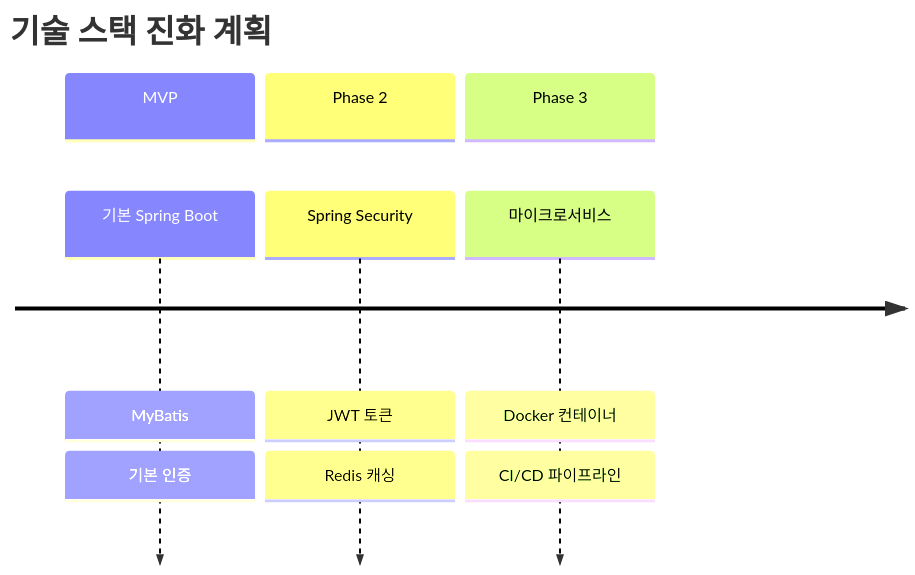
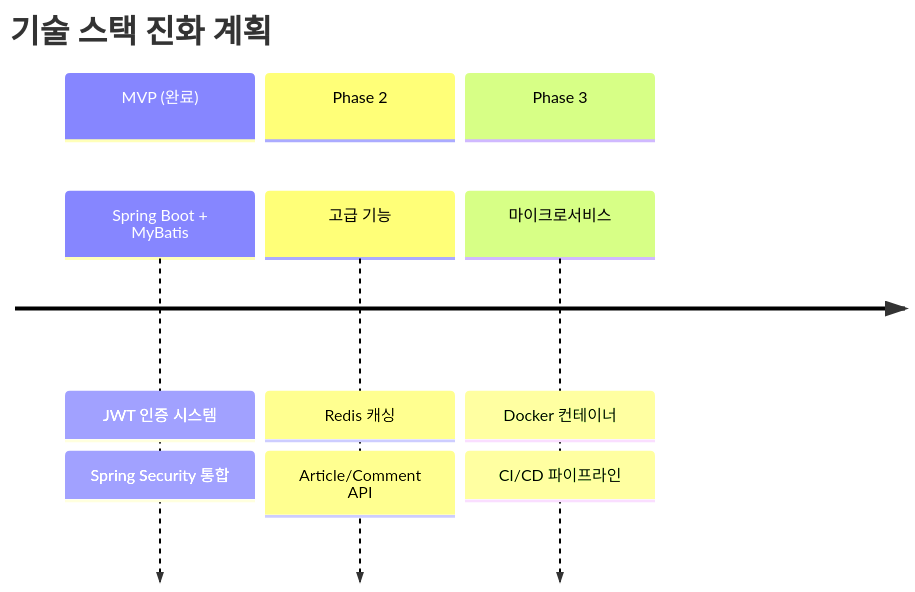
Before and after one commit to FNO012/Realworld-build-from-prd: diagram 18 of 18 in docs/design.md, drawn with Mermaid. The commit also changed other lines of this file and 3 other files, not shown here.

First line of the commit message:
docs: JWT 인증 시스템 구현 완료에 따른 프로젝트 문서 업데이트 (#5)

````diff
--- a/docs/design.md
+++ b/docs/design.md
@@ -572,16 +582,16 @@
 ```mermaid
 timeline
     title 기술 스택 진화 계획
     
-    section MVP
-        기본 Spring Boot    : MyBatis
-                           : 기본 인증
+    section MVP (완료)
+        Spring Boot + MyBatis : JWT 인증 시스템
+                             : Spring Security 통합
     
     section Phase 2
-        Spring Security    : JWT 토큰
-                          : Redis 캐싱
+        고급 기능           : Redis 캐싱
+                          : Article/Comment API
     
     section Phase 3
         마이크로서비스      : Docker 컨테이너
                           : CI/CD 파이프라인
 ```
````
